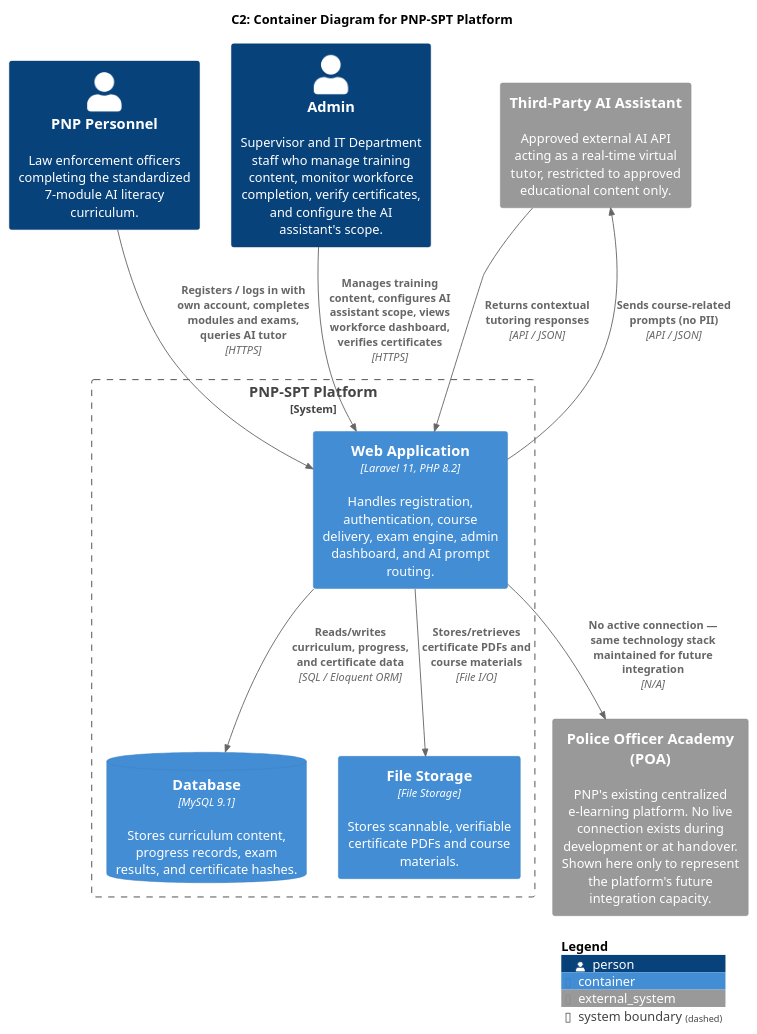
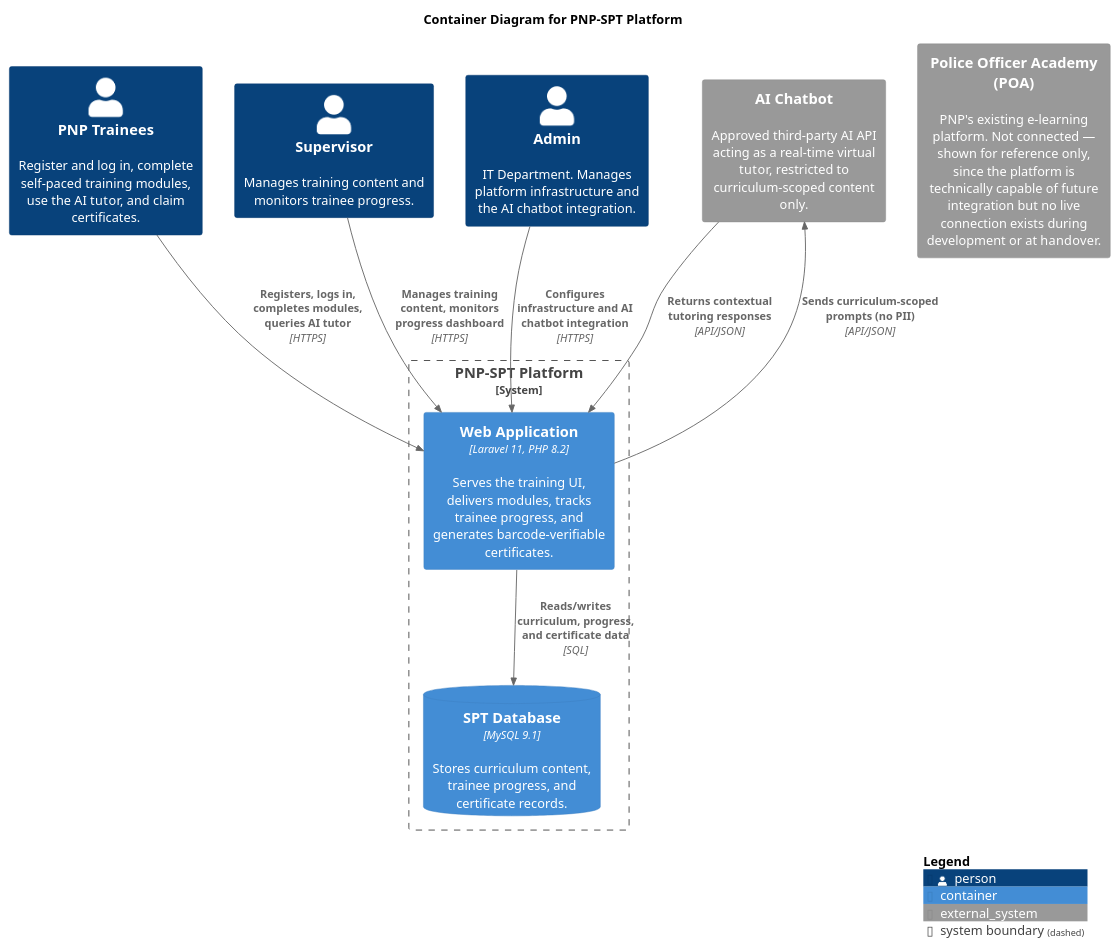
One commit to APC-SoCIT/APC-2026-2027-T1-IT241-Grp4-PNP-SPT-Platform changed the diagram in docs/MSYADD1/c2_diagram.puml. Above: the diagram before and after it, drawn with PlantUML.

Commit message:
updated c2 container
revised the c2 container to aligned with the updated use-case and container

```diff
--- a/docs/MSYADD1/c2_diagram.puml
+++ b/docs/MSYADD1/c2_diagram.puml
@@ -1,23 +1,30 @@
-@startuml System_Container_Diagram_for_PNP-SPT_Platform
+@startuml Container_Diagram_for_PNP-SPT_Platform
 !include https://raw.githubusercontent.com/plantuml-stdlib/C4-PlantUML/master/C4_Container.puml
-LAYOUT_TOP_DOWN()
+
 LAYOUT_WITH_LEGEND()
-title C2: Container Diagram for PNP-SPT Platform
-Person(personnel, "PNP Personnel", "Law enforcement officers completing the standardized 7-module AI literacy curriculum.")
-Person(admin, "Admin", "Supervisor and IT Department staff who manage training content, monitor workforce completion, verify certificates, and configure the AI assistant's scope.")
+
+title Container Diagram for PNP-SPT Platform
+
+Person(trainees, "PNP Trainees", "Register and log in, complete self-paced training modules, use the AI tutor, and claim certificates.")
+Person(supervisor, "Supervisor", "Manages training content and monitors trainee progress.")
+Person(admin, "Admin", "IT Department. Manages platform infrastructure and the AI chatbot integration.")
+
 System_Boundary(sptPlatform, "PNP-SPT Platform") {
-  Container(webApp, "Web Application", "Laravel 11, PHP 8.2", "Handles registration, authentication, course delivery, exam engine, admin dashboard, and AI prompt routing.")
-  ContainerDb(db, "Database", "MySQL 9.1", "Stores curriculum content, progress records, exam results, and certificate hashes.")
-  Container(fileStorage, "File Storage", "File Storage", "Stores scannable, verifiable certificate PDFs and course materials.")
+    Container(webApp, "Web Application", "Laravel 11, PHP 8.2", "Serves the training UI, delivers modules, tracks trainee progress, and generates barcode-verifiable certificates.")
+    ContainerDb(sptDb, "SPT Database", "MySQL 9.1", "Stores curriculum content, trainee progress, and certificate records.")
 }
-System_Ext(poaPlatform, "Police Officer Academy (POA)", "PNP's existing centralized e-learning platform. No live connection exists during development or at handover. Shown here only to represent the platform's future integration capacity.")
-System_Ext(aiChatbot, "Third-Party AI Assistant", "Approved external AI API acting as a real-time virtual tutor, restricted to approved educational content only.")
-Rel(personnel, webApp, "Registers / logs in with own account, completes modules and exams, queries AI tutor", "HTTPS")
-Rel(admin, webApp, "Manages training content, configures AI assistant scope, views workforce dashboard, verifies certificates", "HTTPS")
-Rel(webApp, db, "Reads/writes curriculum, progress, and certificate data", "SQL / Eloquent ORM")
-Rel(webApp, fileStorage, "Stores/retrieves certificate PDFs and course materials", "File I/O")
-Rel(webApp, aiChatbot, "Sends course-related prompts (no PII)", "API / JSON")
-Rel(aiChatbot, webApp, "Returns contextual tutoring responses", "API / JSON")
-Rel_D(webApp, poaPlatform, "No active connection — same technology stack maintained for future integration", "N/A")
+
+System_Ext(aiChatbot, "AI Chatbot", "Approved third-party AI API acting as a real-time virtual tutor, restricted to curriculum-scoped content only.")
+System_Ext(poa, "Police Officer Academy (POA)", "PNP's existing e-learning platform. Not connected — shown for reference only, since the platform is technically capable of future integration but no live connection exists during development or at handover.")
+
+Rel(trainees, webApp, "Registers, logs in, completes modules, queries AI tutor", "HTTPS")
+Rel(supervisor, webApp, "Manages training content, monitors progress dashboard", "HTTPS")
+Rel(admin, webApp, "Configures infrastructure and AI chatbot integration", "HTTPS")
+
+Rel(webApp, sptDb, "Reads/writes curriculum, progress, and certificate data", "SQL")
+
+Rel(webApp, aiChatbot, "Sends curriculum-scoped prompts (no PII)", "API/JSON")
+Rel(aiChatbot, webApp, "Returns contextual tutoring responses", "API/JSON")
+
 SHOW_LEGEND()
 @enduml
```
